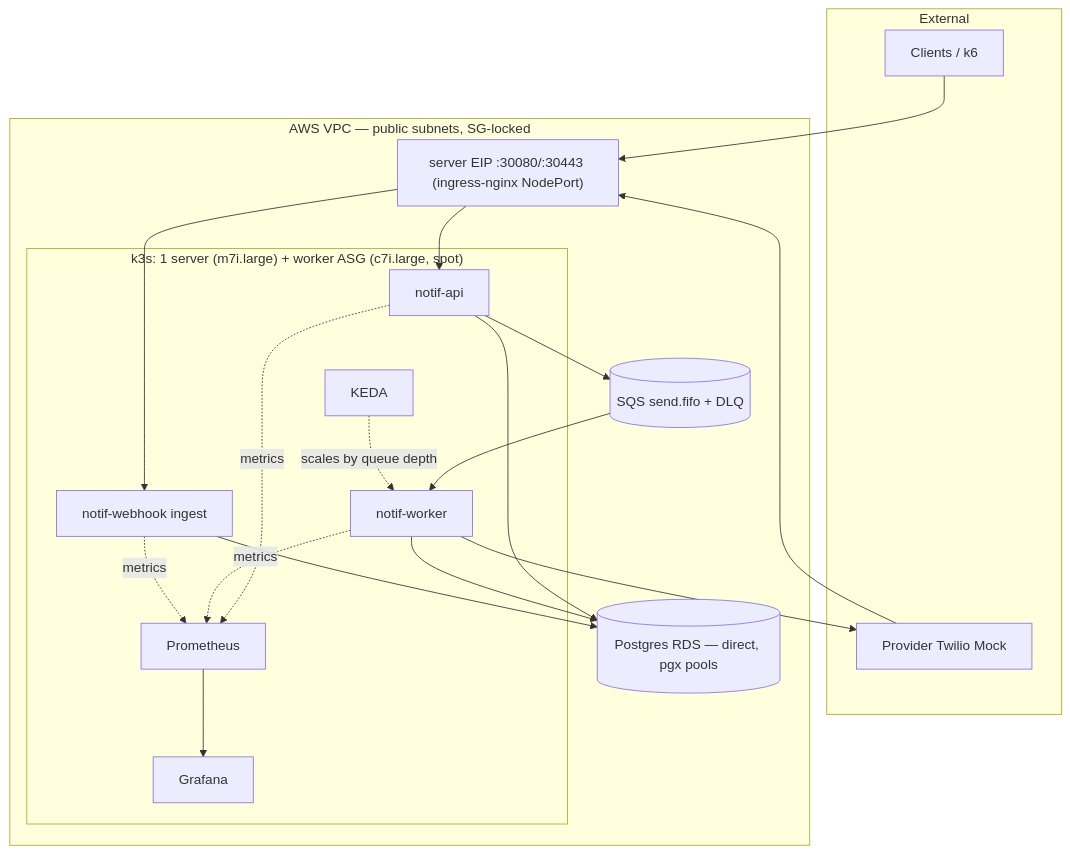
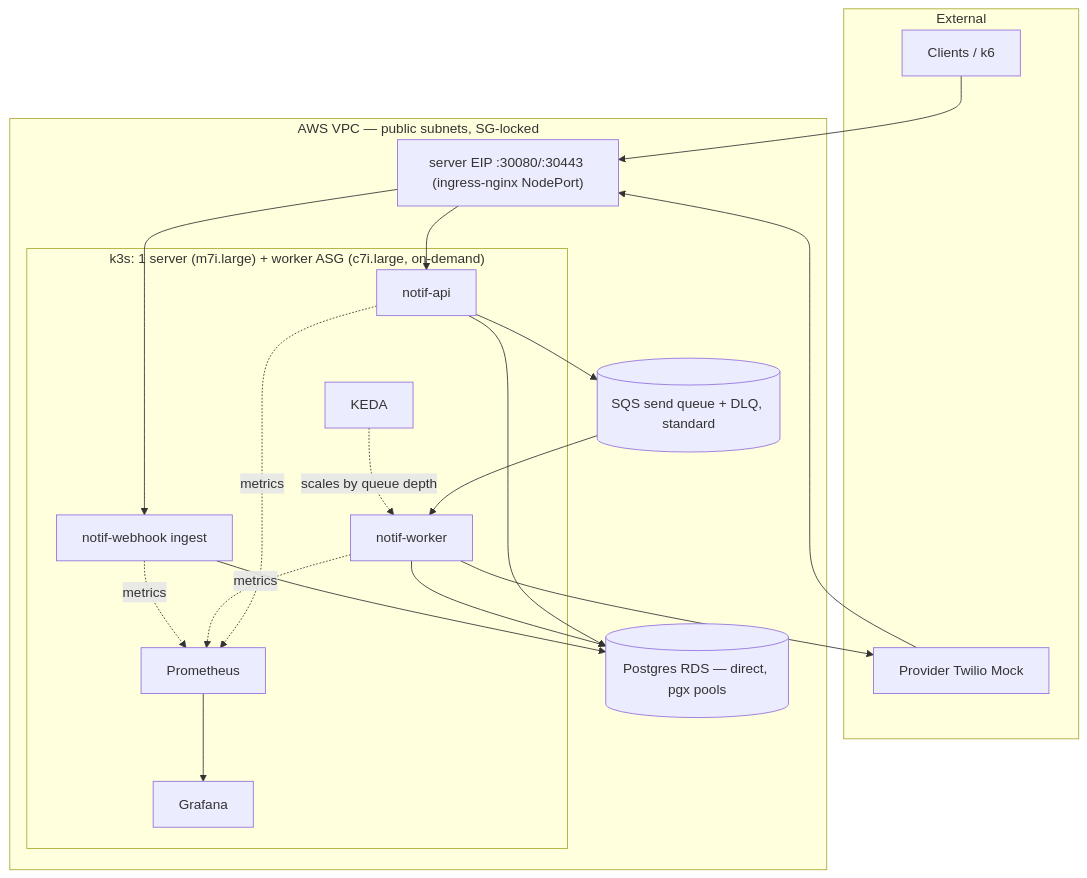
Before and after one commit to sagarsuperuser/notif-service: the diagram in docs/architecture/02-container-runtime.md, drawn with Mermaid. The commit also changed 36 other files, not shown here.

First line of the commit message:
fix: correctness review — queue/DB agreement, claim tokens, API drain, standard SQS restored (#77)

````diff
--- a/docs/architecture/02-container-runtime.md
+++ b/docs/architecture/02-container-runtime.md
@@ -3,47 +3,47 @@
 ```mermaid
 flowchart TB
   subgraph ext[External]
     client[Clients / k6]
     provider["Provider Twilio Mock"]
   end
 
   subgraph aws[AWS VPC — public subnets, SG-locked]
     entry["server EIP :30080/:30443 (ingress-nginx NodePort)"]
 
-    subgraph k8s["k3s: 1 server (m7i.large) + worker ASG (c7i.large, spot)"]
+    subgraph k8s["k3s: 1 server (m7i.large) + worker ASG (c7i.large, on-demand)"]
       api[notif-api]
       worker[notif-worker]
       webhook["notif-webhook ingest"]
       keda[KEDA]
       prom[Prometheus]
       grafana[Grafana]
     end
 
-    qsend[(SQS send.fifo + DLQ)]
+    qsend[(SQS send queue + DLQ, standard)]
     db[(Postgres RDS — direct, pgx pools)]
   end
 
   %% ingress and request path
   client --> entry
   entry --> api
   provider --> entry
   entry --> webhook
 
   %% message processing
   api --> qsend
   qsend --> worker
   worker --> provider
 
   %% data path
   api --> db
   worker --> db
   webhook --> db
 
   %% control and observability
   keda -. scales by queue depth .-> worker
 
   api -. metrics .-> prom
   worker -. metrics .-> prom
   webhook -. metrics .-> prom
   prom --> grafana
 ```
````
